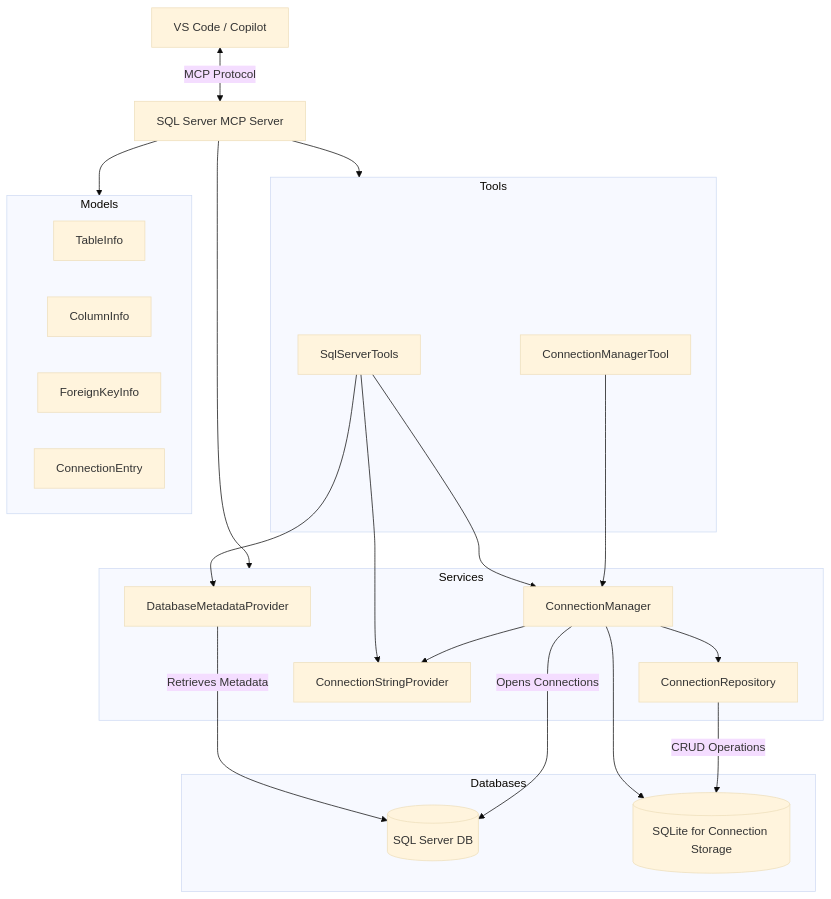
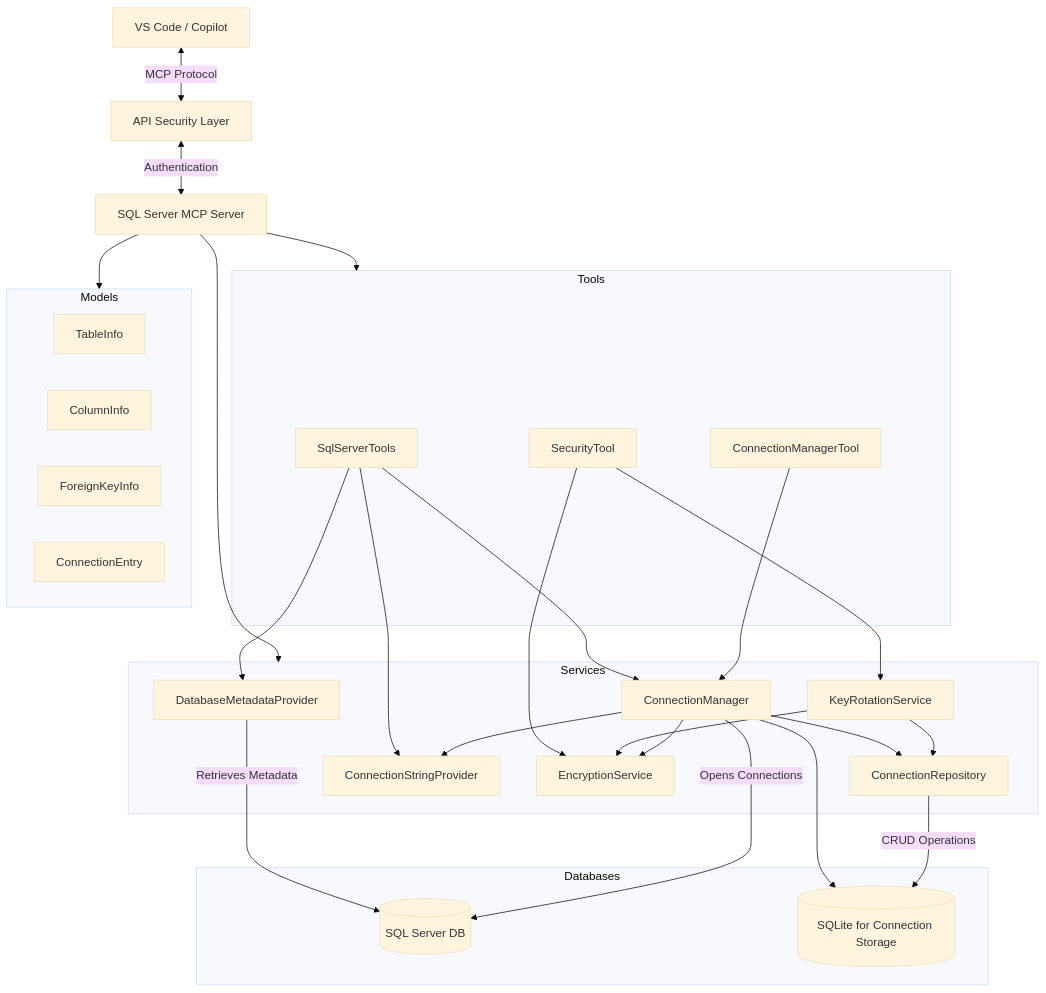
The first of 8 diagrams in Documentation/Architecture.md (MCPRUNNER/mssqlMCP), drawn with Mermaid (base theme) before and after one commit. The commit also changed other lines of this file and 14 other files, not shown here.

Commit message:
Adding Api Key Security, updated Architecture.md

````diff
--- a/Documentation/Architecture.md
+++ b/Documentation/Architecture.md
@@ -11,43 +11,52 @@
 ```mermaid
 graph TD
-    Client[VS Code / Copilot] <-->|MCP Protocol| Server[SQL Server MCP Server]
+    Client[VS Code / Copilot] <-->|MCP Protocol| Auth[API Security Layer]
+    Auth <-->|Authentication| Server[SQL Server MCP Server]
     Server --> Tools
     Server --> Services
     Server --> Models
 
     subgraph Tools
         ST[SqlServerTools]
         CMT[ConnectionManagerTool]
+        SCT[SecurityTool]
     end
 
     subgraph Services
         DMP[DatabaseMetadataProvider]
         CM[ConnectionManager]
         CR[ConnectionRepository]
         CSP[ConnectionStringProvider]
+        ES[EncryptionService]
+        KRS[KeyRotationService]
     end
 
     subgraph Models
         TI[TableInfo]
         CI[ColumnInfo]
         FKI[ForeignKeyInfo]
         CE[ConnectionEntry]
     end
 
     ST --> DMP
     ST --> CM
     ST --> CSP
     CMT --> CM
+    SCT --> KRS
+    SCT --> ES
     CM --> CR
     CM --> CSP
+    KRS --> CR
+    KRS --> ES
+    CM --> ES
 
     subgraph Databases
         SQLDB[(SQL Server DB)]
         SQLite[(SQLite for Connection Storage)]
     end
 
     DMP -->|Retrieves Metadata| SQLDB
     CM --> SQLite
     CR -->|CRUD Operations| SQLite
     CM -->|Opens Connections| SQLDB
 ```
````
